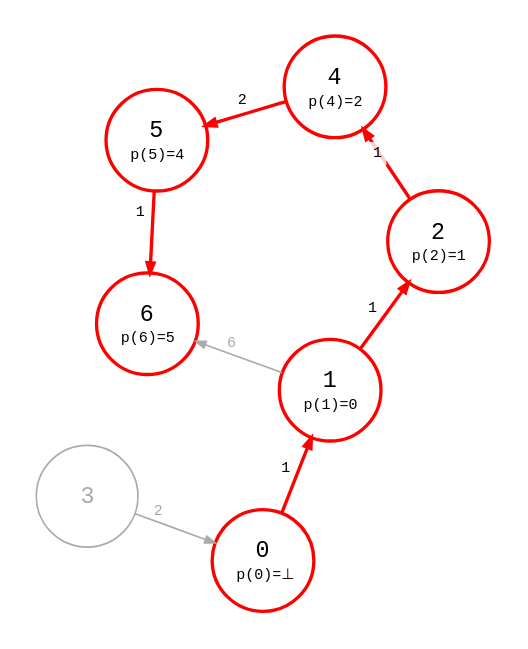
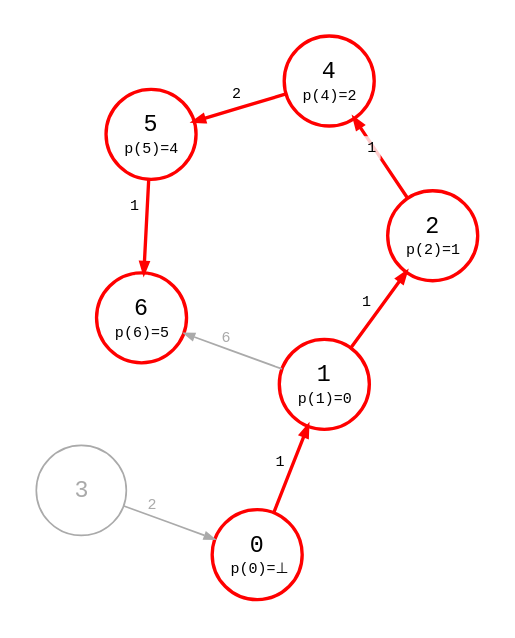
The diagram in src/dijkstra_pred_1-0.87.4.dot (bsdrks/graaf-images), drawn with Graphviz before and after one commit. The commit also changed 39 other files, not shown here.

```diff
--- a/src/dijkstra_pred_1-0.87.4.dot
+++ b/src/dijkstra_pred_1-0.87.4.dot
@@ -1,190 +1,190 @@
 digraph {
-    node [shape=circle, fontname="monospace", fixedsize=true, width="0.85"];
+    node [shape=circle, fontname="monospace", fixedsize=true, width="0.75"];
     edge [arrowsize=0.6, fontname="monospace", fontsize=9];
     layout=neato;
     scale=1.4;
     // normalize=true;
     pad=0.2;
     // splines=line
 
     3 [color="#aaaaaa", fontcolor="#aaaaaa"];
     0, 1, 2, 4, 5, 6 [style=bold, color=red];
 
     0 [
         label=<
             <table border="0" cellpadding="1" cellspacing="0">
                 <tr>
                     <td>0</td>
                 </tr>
                 <tr>
                     <td><font point-size="9">p(0)=⊥</font></td>
                 </tr>
             </table>
         >;
         color=red;
         style=bold
     ];
 
     1 [
         label=<
             <table border="0" cellpadding="1" cellspacing="0">
                 <tr>
                     <td>1</td>
                 </tr>
                 <tr>
                     <td><font point-size="9">p(1)=0</font></td>
                 </tr>
             </table>
         >;
         color=red;
         style=bold
     ];
 
     2 [
         label=<
             <table border="0" cellpadding="1" cellspacing="0">
                 <tr>
                     <td>2</td>
                 </tr>
                 <tr>
                     <td><font point-size="9">p(2)=1</font></td>
                 </tr>
             </table>
         >;
     ];
 
     3 [
         label=<
             <table border="0" cellpadding="1" cellspacing="0">
                 <tr>
                     <td>3</td>
                 </tr>
             </table>
         >;
     ];
 
     4 [
         label=<
             <table border="0" cellpadding="1" cellspacing="0">
                 <tr>
                     <td>4</td>
                 </tr>
                 <tr>
                     <td><font point-size="9">p(4)=2</font></td>
                 </tr>
             </table>
         >;
     ];
 
     5 [
         label=<
             <table border="0" cellpadding="1" cellspacing="0">
                 <tr>
                     <td>5</td>
                 </tr>
                 <tr>
                     <td><font point-size="9">p(5)=4</font></td>
                 </tr>
             </table>
         >;
     ];
 
     6 [
         label=<
             <table border="0" cellpadding="1" cellspacing="0">
                 <tr>
                     <td>6</td>
                 </tr>
                 <tr>
                     <td><font point-size="9">p(6)=5</font></td>
                 </tr>
             </table>
         >;
     ];
 
     0 -> 1 [
         color=red;
         style=bold;
         label=<
             <table border="0" cellpadding="2" cellspacing="0">
                 <tr>
                     <td>1</td>
                 </tr>
             </table>
         >
     ];
 
     1 -> 2 [
         style=bold; 
         color=red; 
         label=<
             <table border="0" cellpadding="2" cellspacing="0">
                 <tr>
                     <td>1</td>
                 </tr>
             </table>
         >
     ];
 
     1 -> 6 [
         color="#aaaaaa";
         fontcolor="#aaaaaa";
         label=<
             <table border="0" cellpadding="4" cellspacing="0">
                 <tr>
                     <td>6</td>
                 </tr>
             </table>
         >
     ];
 
     2 -> 4 [
         style=bold; 
         color=red; 
         label=<
             <table border="0" cellpadding="2" cellspacing="2">
                 <tr>
                     <td bgcolor="#ffffffcc">1</td>
                 </tr>
             </table>
         >
     ];
 
     3 -> 0 [
         color="#aaaaaa";
         fontcolor="#aaaaaa";
         label=<
             <table border="0" cellpadding="4" cellspacing="0">
                 <tr>
                     <td>2</td>
                 </tr>
             </table>
         >
     ];
 
     4 -> 5 [
         style=bold; 
         color=red; 
         label=<
             <table border="0" cellpadding="2" cellspacing="0">
                 <tr>
                     <td>2</td>
                 </tr>
             </table>
         >
     ];
 
     5 -> 6 [
         style=bold; 
         color=red; 
         label=<
             <table border="0" cellpadding="2" cellspacing="2">
                 <tr>
                     <td bgcolor="#ffffffcc">1</td>
                 </tr>
             </table>
         >
     ];
 
     6 -> 3 [style=invis];
 }
```
